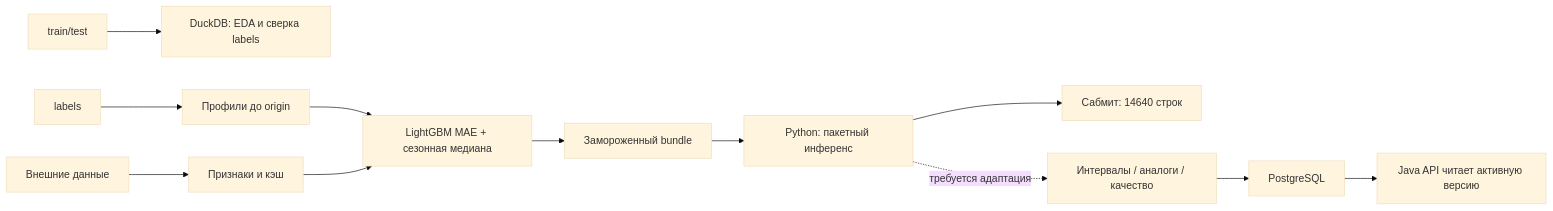
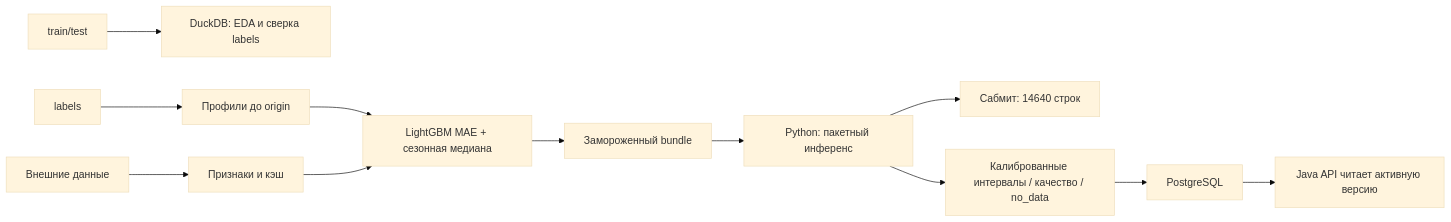
Before and after one commit to alieneth/tram-passenger-forecast: the diagram in ml/ARCHITECTURE.md, drawn with Mermaid (base theme). The commit also changed other lines of this file and 64 other files, not shown here.

````diff
--- a/ml/ARCHITECTURE.md
+++ b/ml/ARCHITECTURE.md
@@ -3,14 +3,14 @@
 ```mermaid
 flowchart LR
   Raw[train/test] --> Audit[DuckDB: EDA и сверка labels]
   Labels[labels] --> Profiles[Профили до origin]
   External[Внешние данные] --> Features[Признаки и кэш]
   Profiles --> Fit[LightGBM MAE + сезонная медиана]
   Features --> Fit
   Fit --> Bundle[Замороженный bundle]
   Bundle --> Predict[Python: пакетный инференс]
   Predict --> CSV[Сабмит: 14640 строк]
-  Predict -. требуется адаптация .-> Rows[Интервалы / аналоги / качество]
+  Predict --> Rows[Калиброванные интервалы / качество / no_data]
   Rows --> PG[PostgreSQL]
   PG --> Java[Java API читает активную версию]
 ```
````
